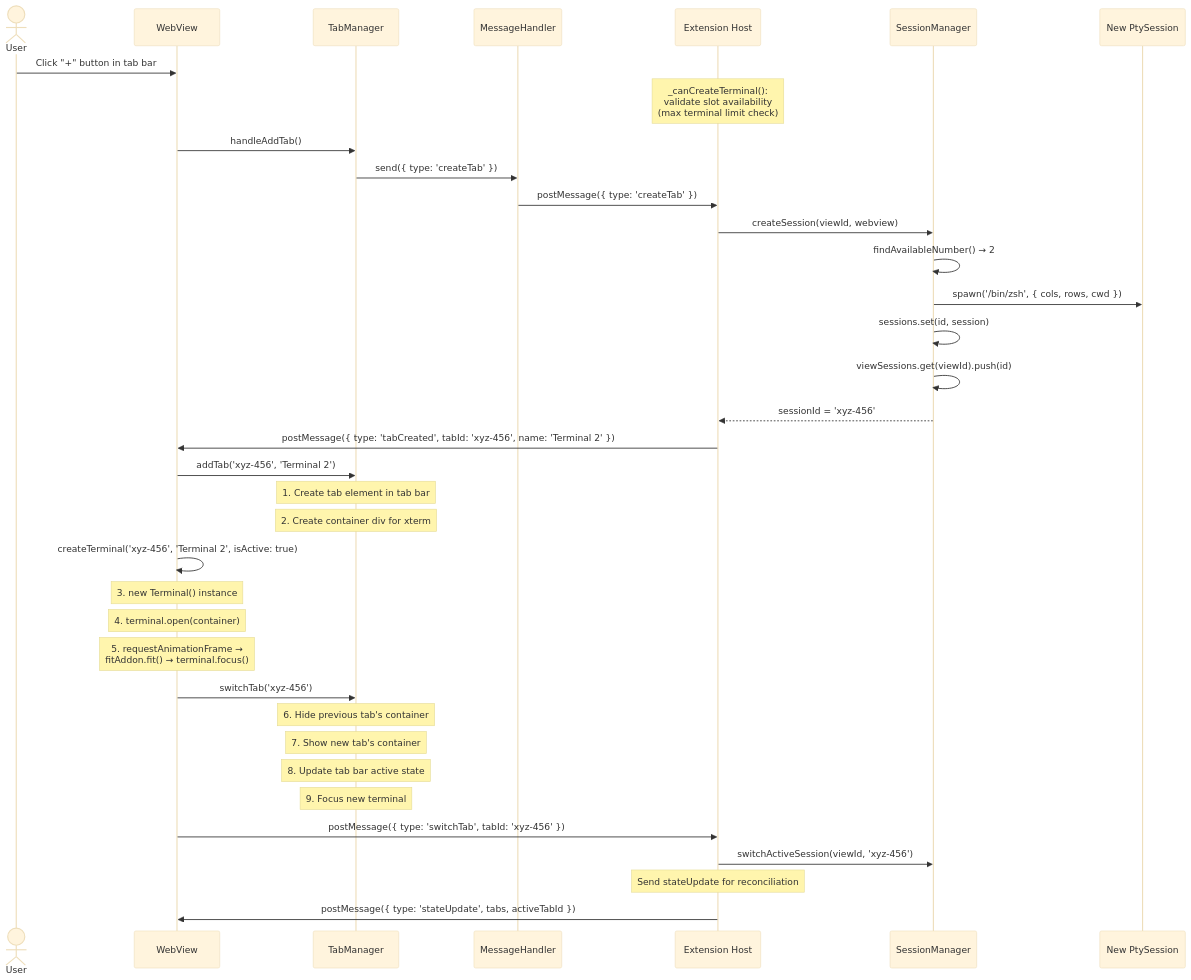
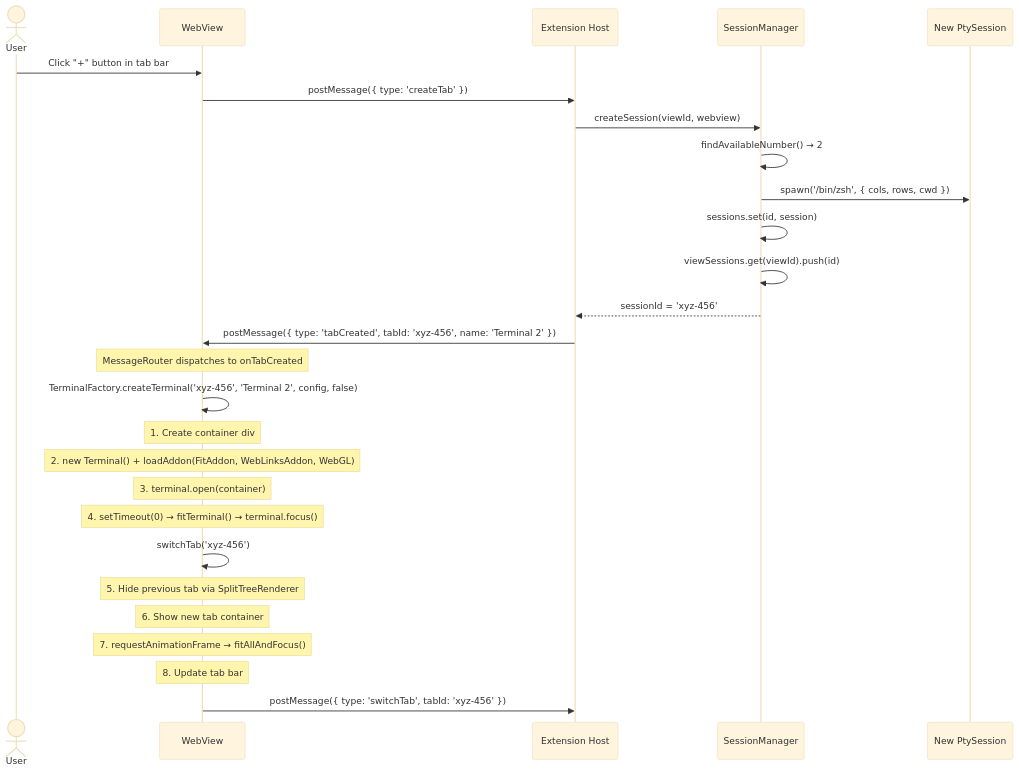
One commit to huybuidac/anywhere-terminal changed the second of 8 diagrams in docs/design/flow-multi-tab.md. Above: the diagram before and after it, drawn with Mermaid (base theme). The commit also changed other lines of this file and 46 other files, not shown here.

Commit message:
refactor: extract terminal factory, split renderer, and flow control into dedicated modules, reducing main.ts to a composition root, and add new webview tests.

````diff
--- a/docs/design/flow-multi-tab.md
+++ b/docs/design/flow-multi-tab.md
@@ -43,48 +43,36 @@
 ```mermaid
 sequenceDiagram
     actor User
     participant WV as WebView
-    participant TM as TabManager
-    participant MH as MessageHandler
     participant Ext as Extension Host
     participant SM as SessionManager
     participant PTY as New PtySession
 
     User->>WV: Click "+" button in tab bar
 
-    Note over Ext: _canCreateTerminal():<br/>validate slot availability<br/>(max terminal limit check)
-
-    WV->>TM: handleAddTab()
-    TM->>MH: send({ type: 'createTab' })
-    MH->>Ext: postMessage({ type: 'createTab' })
+    WV->>Ext: postMessage({ type: 'createTab' })
 
     Ext->>SM: createSession(viewId, webview)
     SM->>SM: findAvailableNumber() → 2
     SM->>PTY: spawn('/bin/zsh', { cols, rows, cwd })
     SM->>SM: sessions.set(id, session)
     SM->>SM: viewSessions.get(viewId).push(id)
     SM-->>Ext: sessionId = 'xyz-456'
 
     Ext->>WV: postMessage({ type: 'tabCreated', tabId: 'xyz-456', name: 'Terminal 2' })
 
-    WV->>TM: addTab('xyz-456', 'Terminal 2')
-    Note over TM: 1. Create tab element in tab bar
-    Note over TM: 2. Create container div for xterm
+    Note over WV: MessageRouter dispatches to onTabCreated
+    WV->>WV: TerminalFactory.createTerminal('xyz-456', 'Terminal 2', config, false)
+    Note over WV: 1. Create container div
+    Note over WV: 2. new Terminal() + loadAddon(FitAddon, WebLinksAddon, WebGL)
+    Note over WV: 3. terminal.open(container)
+    Note over WV: 4. setTimeout(0) → fitTerminal() → terminal.focus()
 
-    WV->>WV: createTerminal('xyz-456', 'Terminal 2', isActive: true)
-    Note over WV: 3. new Terminal() instance
-    Note over WV: 4. terminal.open(container)
-    Note over WV: 5. requestAnimationFrame →<br/>fitAddon.fit() → terminal.focus()
-
-    WV->>TM: switchTab('xyz-456')
-    Note over TM: 6. Hide previous tab's container
-    Note over TM: 7. Show new tab's container
-    Note over TM: 8. Update tab bar active state
-    Note over TM: 9. Focus new terminal
+    WV->>WV: switchTab('xyz-456')
+    Note over WV: 5. Hide previous tab via SplitTreeRenderer
+    Note over WV: 6. Show new tab container
+    Note over WV: 7. requestAnimationFrame → fitAllAndFocus()
+    Note over WV: 8. Update tab bar
 
     WV->>Ext: postMessage({ type: 'switchTab', tabId: 'xyz-456' })
-    Ext->>SM: switchActiveSession(viewId, 'xyz-456')
-
-    Note over Ext: Send stateUpdate for reconciliation
-    Ext->>WV: postMessage({ type: 'stateUpdate', tabs, activeTabId })
 ```
````
